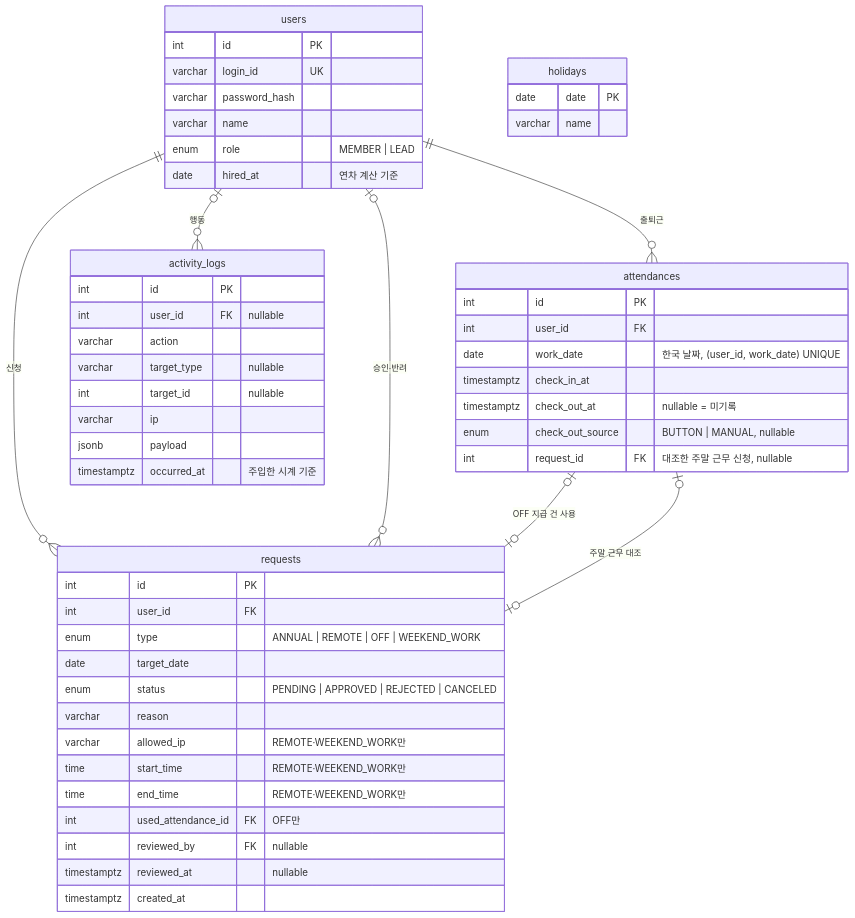
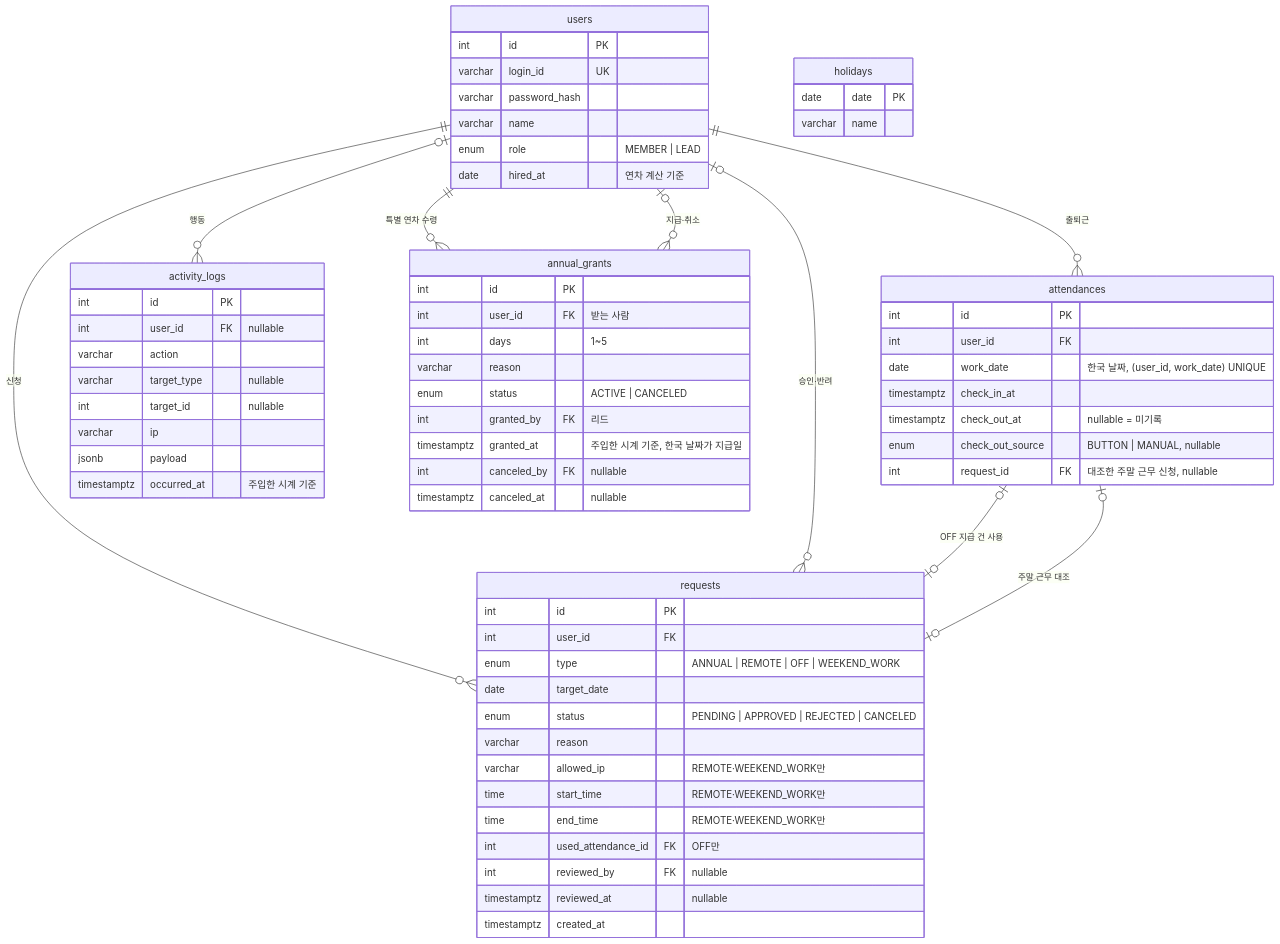
The diagram in docs/DESIGN.md (YunTaeKyun93/hiconsy-attendance), drawn with Mermaid before and after one commit. The commit also changed other lines of this file and 28 other files, not shown here.

````diff
--- a/docs/DESIGN.md
+++ b/docs/DESIGN.md
@@ -24,60 +24,74 @@
 ```mermaid
 erDiagram
     users ||--o{ attendances : "출퇴근"
     users ||--o{ requests : "신청"
     users |o--o{ requests : "승인·반려"
     users |o--o{ activity_logs : "행동"
+    users ||--o{ annual_grants : "특별 연차 수령"
+    users |o--o{ annual_grants : "지급·취소"
     requests |o--o| attendances : "주말 근무 대조"
     attendances |o--o| requests : "OFF 지급 건 사용"
 
     users {
         int id PK
         varchar login_id UK
         varchar password_hash
         varchar name
         enum role "MEMBER | LEAD"
         date hired_at "연차 계산 기준"
     }
 
     attendances {
         int id PK
         int user_id FK
         date work_date "한국 날짜, (user_id, work_date) UNIQUE"
         timestamptz check_in_at
         timestamptz check_out_at "nullable = 미기록"
         enum check_out_source "BUTTON | MANUAL, nullable"
         int request_id FK "대조한 주말 근무 신청, nullable"
     }
 
     requests {
         int id PK
         int user_id FK
         enum type "ANNUAL | REMOTE | OFF | WEEKEND_WORK"
         date target_date
         enum status "PENDING | APPROVED | REJECTED | CANCELED"
         varchar reason
         varchar allowed_ip "REMOTE·WEEKEND_WORK만"
         time start_time "REMOTE·WEEKEND_WORK만"
         time end_time "REMOTE·WEEKEND_WORK만"
         int used_attendance_id FK "OFF만"
         int reviewed_by FK "nullable"
         timestamptz reviewed_at "nullable"
         timestamptz created_at
     }
 
     activity_logs {
         int id PK
         int user_id FK "nullable"
         varchar action
         varchar target_type "nullable"
         int target_id "nullable"
         varchar ip
         jsonb payload
         timestamptz occurred_at "주입한 시계 기준"
     }
 
     holidays {
         date date PK
         varchar name
     }
+
+    annual_grants {
+        int id PK
+        int user_id FK "받는 사람"
+        int days "1~5"
+        varchar reason
+        enum status "ACTIVE | CANCELED"
+        int granted_by FK "리드"
+        timestamptz granted_at "주입한 시계 기준, 한국 날짜가 지급일"
+        int canceled_by FK "nullable"
+        timestamptz canceled_at "nullable"
+    }
 ```
````
